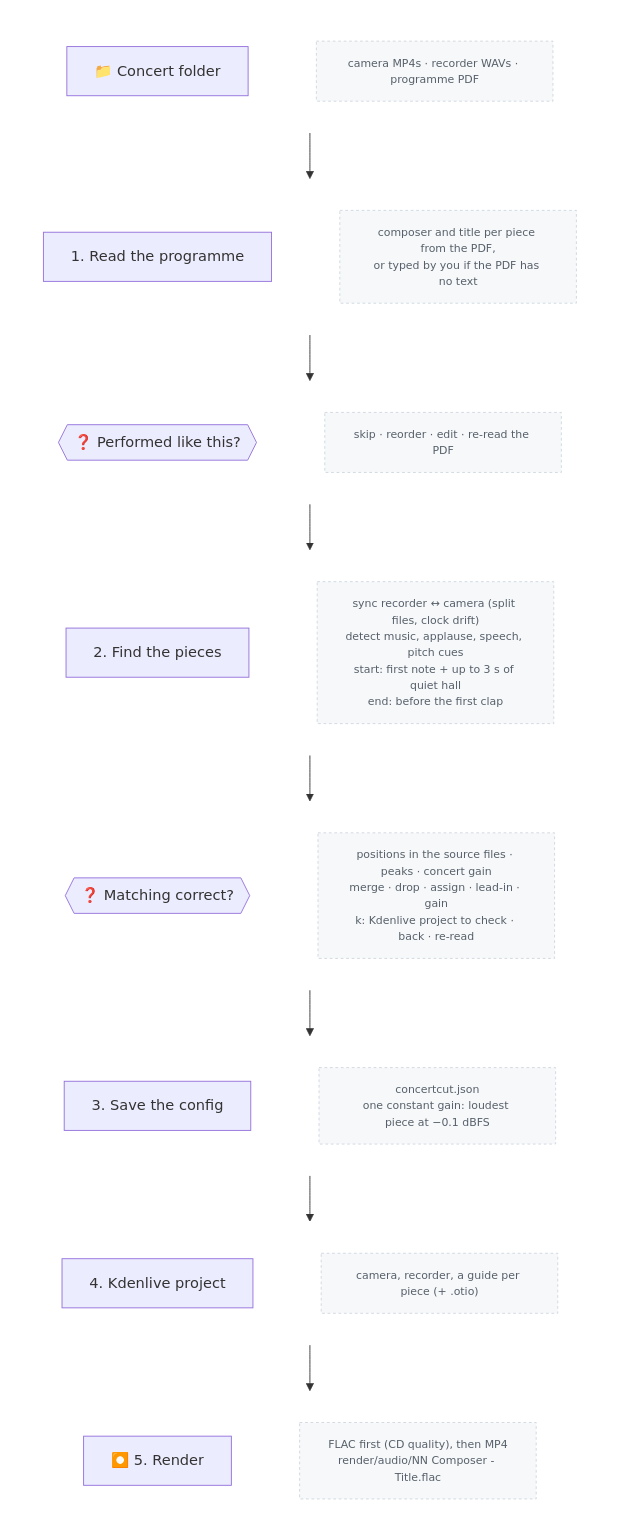
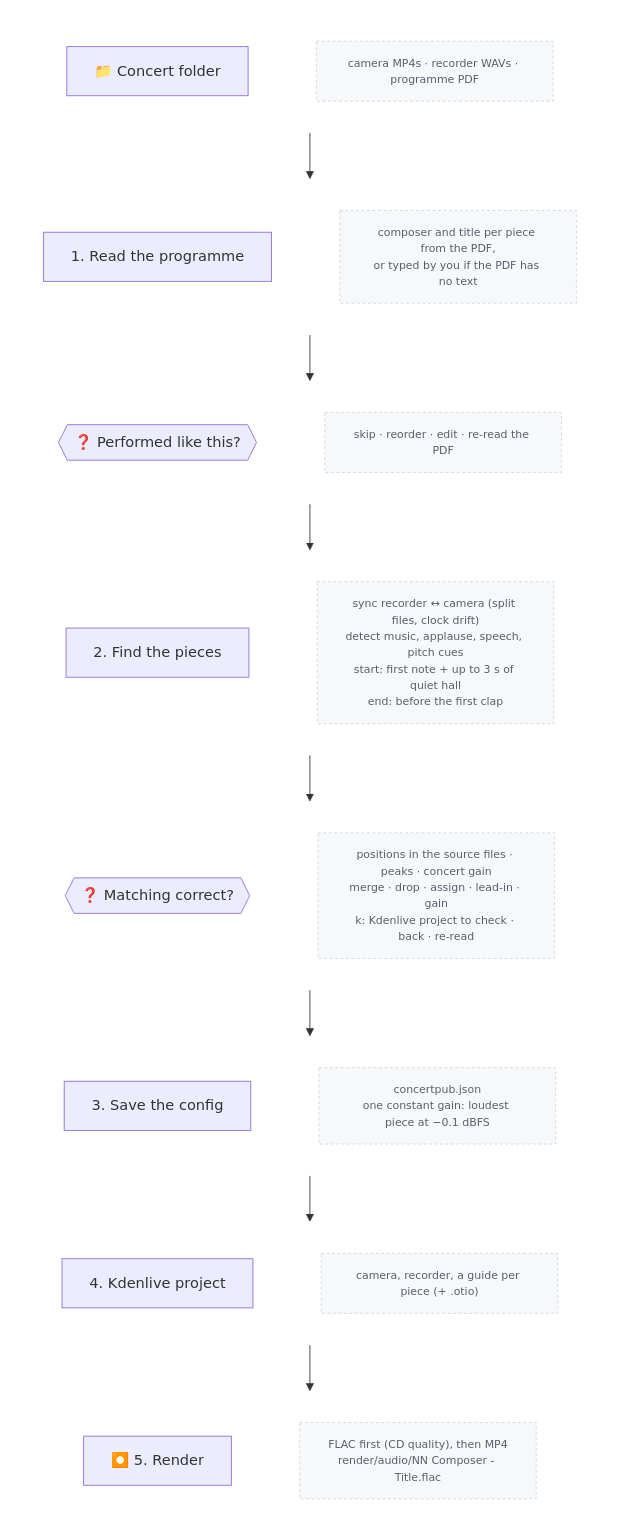
One commit to matevz/concertcut changed the diagram in README.md. Above: the diagram before and after it, drawn with Mermaid. The commit also changed other lines of this file and 27 other files, not shown here.

Commit message:
chore: Rename concertcut -> concertpub

````diff
--- a/README.md
+++ b/README.md
@@ -65,47 +65,47 @@
 ```mermaid
 flowchart TD
     subgraph S0 [" "]
         direction LR
         A["📁 Concert folder"] ~~~ nA["camera MP4s · recorder WAVs · programme PDF"]
     end
     subgraph S1 [" "]
         direction LR
         B["1. Read the programme"] ~~~ nB["composer and title per piece from the PDF,<br/>or typed by you if the PDF has no text"]
     end
     subgraph S2 [" "]
         direction LR
         Q1{{"❓ Performed like this?"}} ~~~ nQ1["skip · reorder · edit · re-read the PDF"]
     end
     subgraph S3 [" "]
         direction LR
         C["2. Find the pieces"] ~~~ nC["sync recorder ↔ camera (split files, clock drift)<br/>detect music, applause, speech, pitch cues<br/>start: first note + up to 3 s of quiet hall<br/>end: before the first clap"]
     end
     subgraph S4 [" "]
         direction LR
         Q2{{"❓ Matching correct?"}} ~~~ nQ2["positions in the source files · peaks · concert gain<br/>merge · drop · assign · lead-in · gain<br/>k: Kdenlive project to check · back · re-read"]
     end
     subgraph S5 [" "]
         direction LR
-        D["3. Save the config"] ~~~ nD["concertcut.json<br/>one constant gain: loudest piece at −0.1 dBFS"]
+        D["3. Save the config"] ~~~ nD["concertpub.json<br/>one constant gain: loudest piece at −0.1 dBFS"]
     end
     subgraph S6 [" "]
         direction LR
         E["4. Kdenlive project"] ~~~ nE["camera, recorder, a guide per piece (+ .otio)"]
     end
     subgraph S7 [" "]
         direction LR
         F["⏺️ 5. Render"] ~~~ nF["FLAC first (CD quality), then MP4<br/>render/audio/NN Composer - Title.flac"]
     end
     S0 --> S1 --> S2 --> S3 --> S4 --> S5 --> S6 --> S7
 
     classDef note fill:#f6f8fa,stroke:#d0d7de,stroke-dasharray:3 3,color:#57606a,font-size:12px
     class nA,nB,nQ1,nC,nQ2,nD,nE,nF note
     style S0 fill:none,stroke:none
     style S1 fill:none,stroke:none
     style S2 fill:none,stroke:none
     style S3 fill:none,stroke:none
     style S4 fill:none,stroke:none
     style S5 fill:none,stroke:none
     style S6 fill:none,stroke:none
     style S7 fill:none,stroke:none
 ```
````
